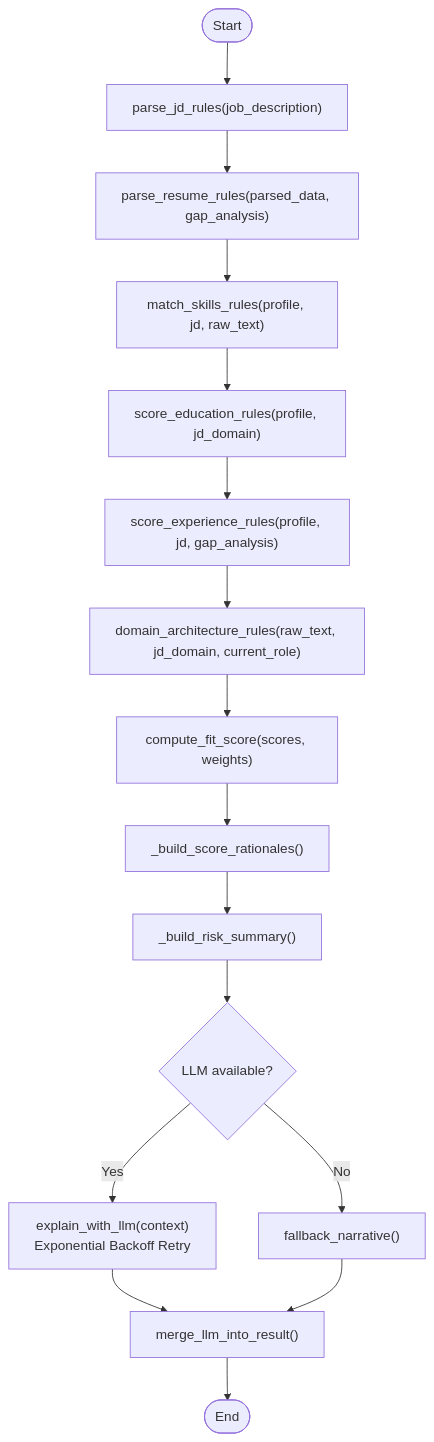
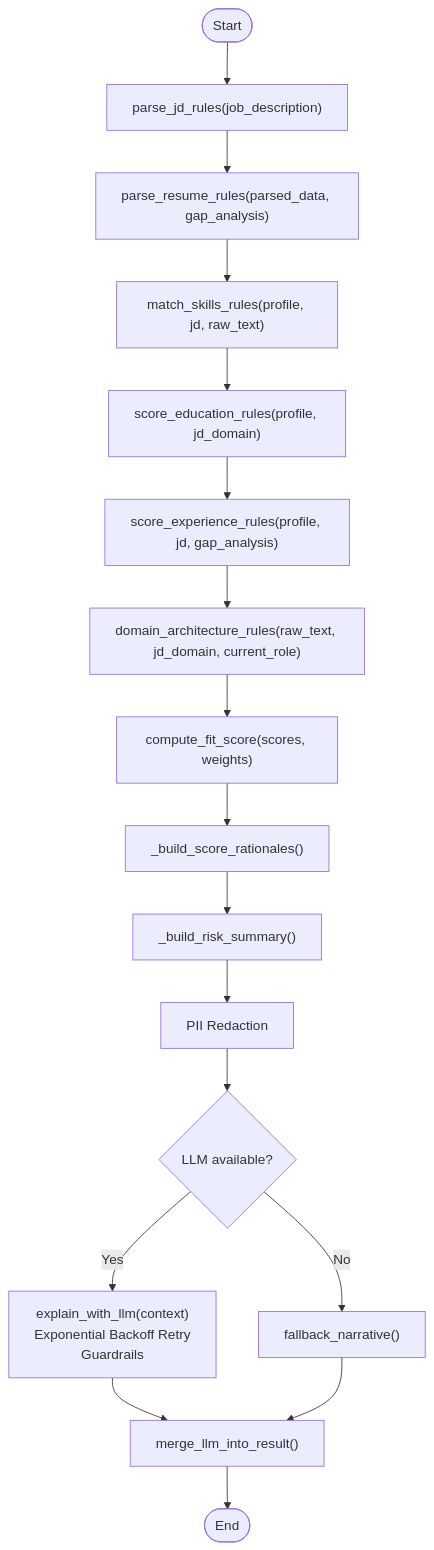
The third of 27 diagrams in .qoder/repowiki/en/content/Analysis Engine/Analysis Engine.md (Revanththetalogics/aireume), drawn with Mermaid before and after one commit. The commit also changed other lines of this file and 15 other files, not shown here.

````diff
--- a/.qoder/repowiki/en/content/Analysis Engine/Analysis Engine.md
+++ b/.qoder/repowiki/en/content/Analysis Engine/Analysis Engine.md
@@ -202,18 +237,19 @@
 ```mermaid
 flowchart TD
 Start(["Start"]) --> ParseJD["parse_jd_rules(job_description)"]
 ParseJD --> ParseResume["parse_resume_rules(parsed_data, gap_analysis)"]
 ParseResume --> MatchSkills["match_skills_rules(profile, jd, raw_text)"]
 MatchSkills --> EduScore["score_education_rules(profile, jd_domain)"]
 EduScore --> ExpTimeline["score_experience_rules(profile, jd, gap_analysis)"]
 ExpTimeline --> DomainArch["domain_architecture_rules(raw_text, jd_domain, current_role)"]
 DomainArch --> ComputeFit["compute_fit_score(scores, weights)"]
 ComputeFit --> Rationales["_build_score_rationales()"]
 Rationales --> RiskSummary["_build_risk_summary()"]
-RiskSummary --> LLMCall{"LLM available?"}
-LLMCall --> |Yes| LLMNarrative["explain_with_llm(context)<br/>Exponential Backoff Retry"]
+RiskSummary --> PII["PII Redaction"]
+PII --> LLMCall{"LLM available?"}
+LLMCall --> |Yes| LLMNarrative["explain_with_llm(context)<br/>Exponential Backoff Retry<br/>Guardrails"]
 LLMCall --> |No| Fallback["fallback_narrative()"]
 LLMNarrative --> Merge["merge_llm_into_result()"]
 Fallback --> Merge
 Merge --> End(["End"])
 ```
````
